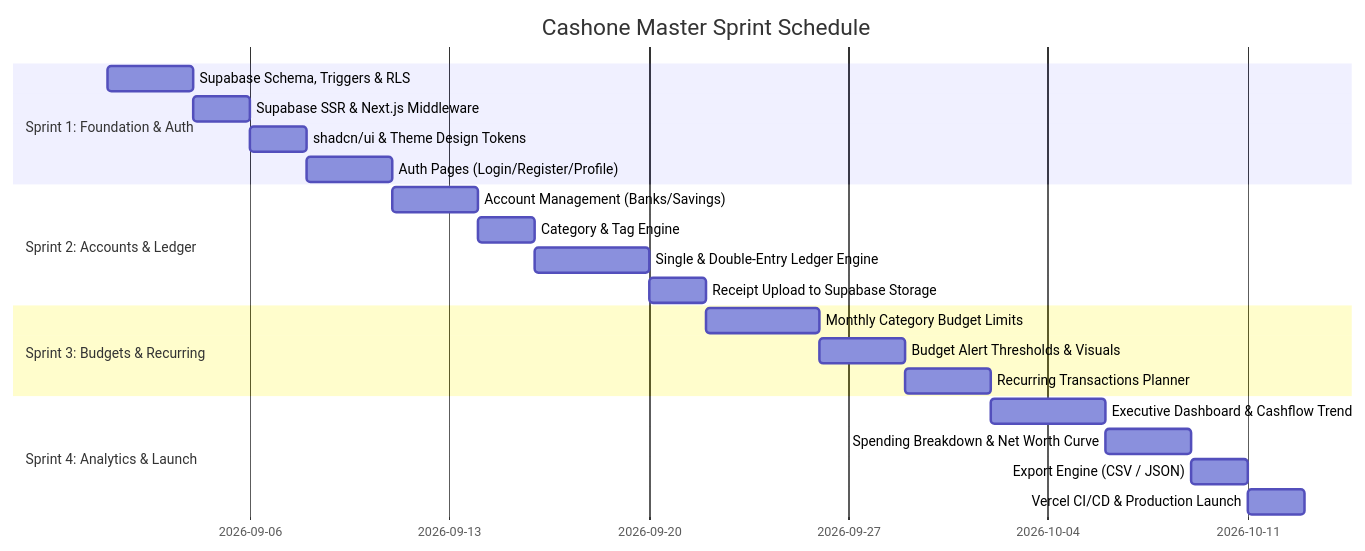
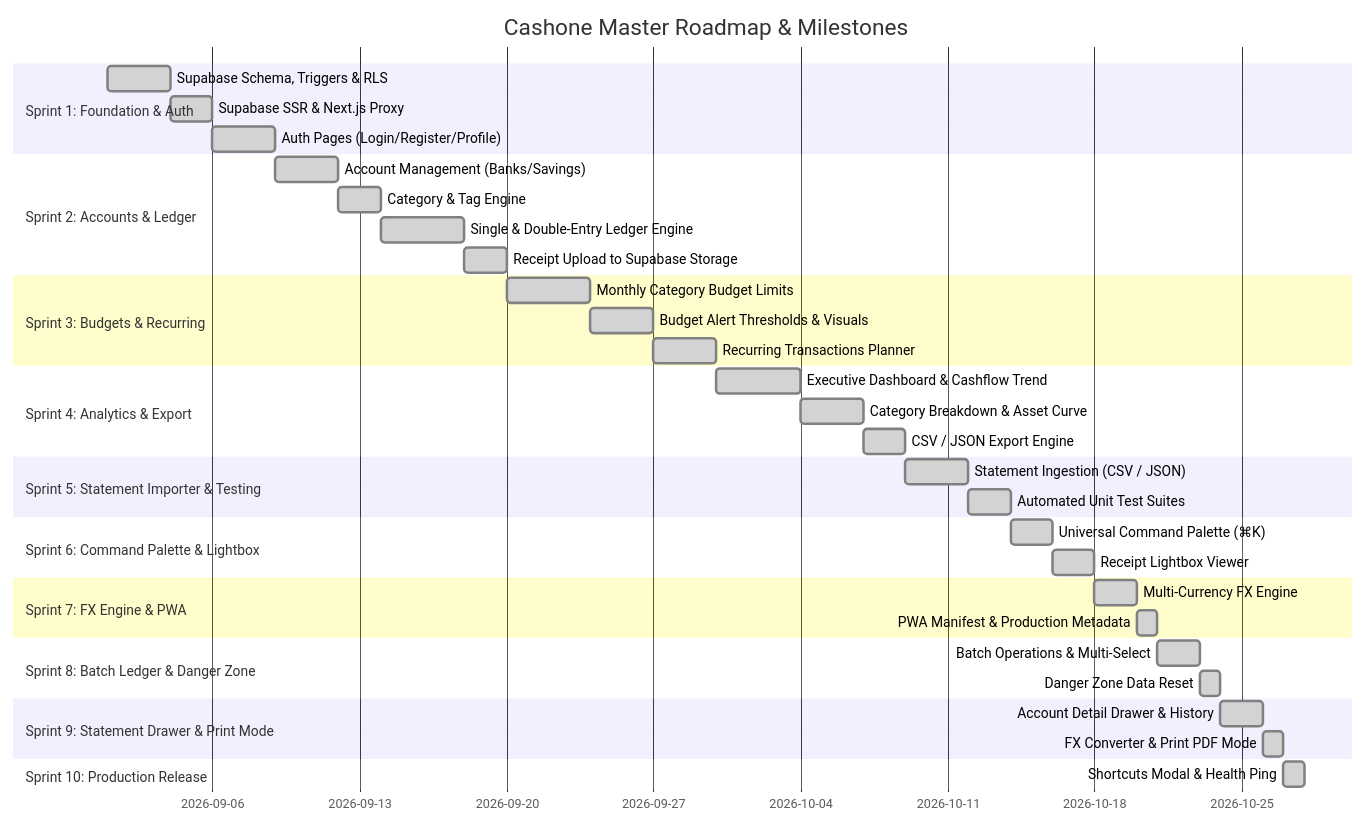
Before and after one commit to nawa316/cashone: the diagram in doc/06_Development_Roadmap.md, drawn with Mermaid. The commit also changed other lines of this file and 5 other files, not shown here.

Commit message:
feat: add keyboard shortcuts dialog and database health monitoring dashboard component

````diff
--- a/doc/06_Development_Roadmap.md
+++ b/doc/06_Development_Roadmap.md
@@ -13,28 +13,49 @@
 ```mermaid
 gantt
-    title Cashone Master Sprint Schedule
+    title Cashone Master Roadmap & Milestones
     dateFormat  YYYY-MM-DD
     
     section Sprint 1: Foundation & Auth
-    Supabase Schema, Triggers & RLS     :s1_1, 2026-09-01, 3d
-    Supabase SSR & Next.js Middleware   :s1_2, after s1_1, 2d
-    shadcn/ui & Theme Design Tokens     :s1_3, after s1_2, 2d
-    Auth Pages (Login/Register/Profile) :s1_4, after s1_3, 3d
+    Supabase Schema, Triggers & RLS     :done, s1_1, 2026-09-01, 3d
+    Supabase SSR & Next.js Proxy        :done, s1_2, after s1_1, 2d
+    Auth Pages (Login/Register/Profile) :done, s1_3, after s1_2, 3d
 
     section Sprint 2: Accounts & Ledger
-    Account Management (Banks/Savings)  :s2_1, after s1_4, 3d
-    Category & Tag Engine               :s2_2, after s2_1, 2d
-    Single & Double-Entry Ledger Engine :s2_3, after s2_2, 4d
-    Receipt Upload to Supabase Storage  :s2_4, after s2_3, 2d
+    Account Management (Banks/Savings)  :done, s2_1, after s1_3, 3d
+    Category & Tag Engine               :done, s2_2, after s2_1, 2d
+    Single & Double-Entry Ledger Engine :done, s2_3, after s2_2, 4d
+    Receipt Upload to Supabase Storage  :done, s2_4, after s2_3, 2d
 
     section Sprint 3: Budgets & Recurring
-    Monthly Category Budget Limits      :s3_1, after s2_4, 4d
-    Budget Alert Thresholds & Visuals   :s3_2, after s3_1, 3d
-    Recurring Transactions Planner      :s3_3, after s3_2, 3d
+    Monthly Category Budget Limits      :done, s3_1, after s2_4, 4d
+    Budget Alert Thresholds & Visuals   :done, s3_2, after s3_1, 3d
+    Recurring Transactions Planner      :done, s3_3, after s3_2, 3d
 
-    section Sprint 4: Analytics & Launch
-    Executive Dashboard & Cashflow Trend:s4_1, after s3_3, 4d
-    Spending Breakdown & Net Worth Curve:s4_2, after s4_1, 3d
-    Export Engine (CSV / JSON)          :s4_3, after s4_2, 2d
-    Vercel CI/CD & Production Launch    :s4_4, after s4_3, 2d
+    section Sprint 4: Analytics & Export
+    Executive Dashboard & Cashflow Trend:done, s4_1, after s3_3, 4d
+    Category Breakdown & Asset Curve    :done, s4_2, after s4_1, 3d
+    CSV / JSON Export Engine            :done, s4_3, after s4_2, 2d
+
+    section Sprint 5: Statement Importer & Testing
+    Statement Ingestion (CSV / JSON)    :done, s5_1, after s4_3, 3d
+    Automated Unit Test Suites          :done, s5_2, after s5_1, 2d
+
+    section Sprint 6: Command Palette & Lightbox
+    Universal Command Palette (⌘K)      :done, s6_1, after s5_2, 2d
+    Receipt Lightbox Viewer             :done, s6_2, after s6_1, 2d
+
+    section Sprint 7: FX Engine & PWA
+    Multi-Currency FX Engine            :done, s7_1, after s6_2, 2d
+    PWA Manifest & Production Metadata  :done, s7_2, after s7_1, 1d
+
+    section Sprint 8: Batch Ledger & Danger Zone
+    Batch Operations & Multi-Select     :done, s8_1, after s7_2, 2d
+    Danger Zone Data Reset              :done, s8_2, after s8_1, 1d
+
+    section Sprint 9: Statement Drawer & Print Mode
+    Account Detail Drawer & History     :done, s9_1, after s8_2, 2d
+    FX Converter & Print PDF Mode       :done, s9_2, after s9_1, 1d
+
+    section Sprint 10: Production Release
+    Shortcuts Modal & Health Ping       :done, s10_1, after s9_2, 1d
 ```
````
